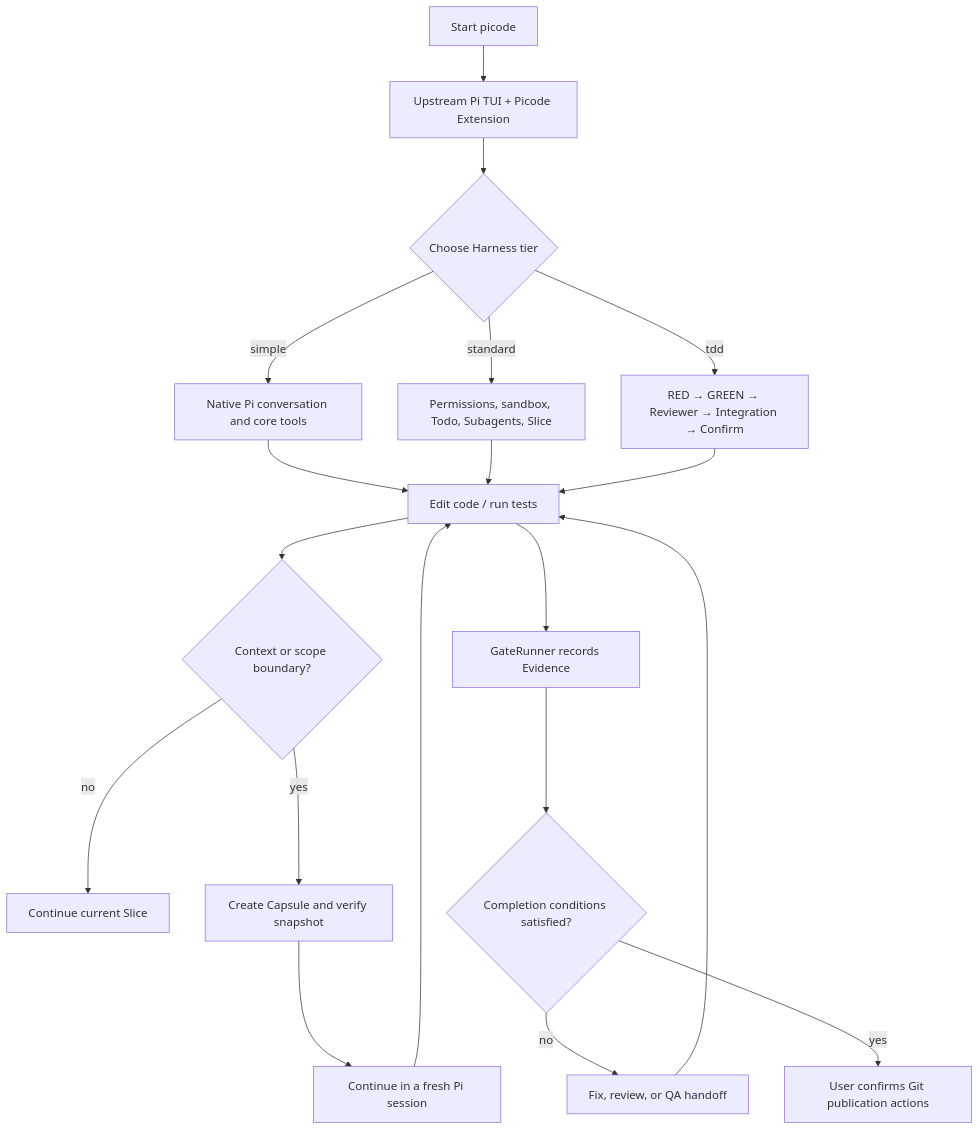
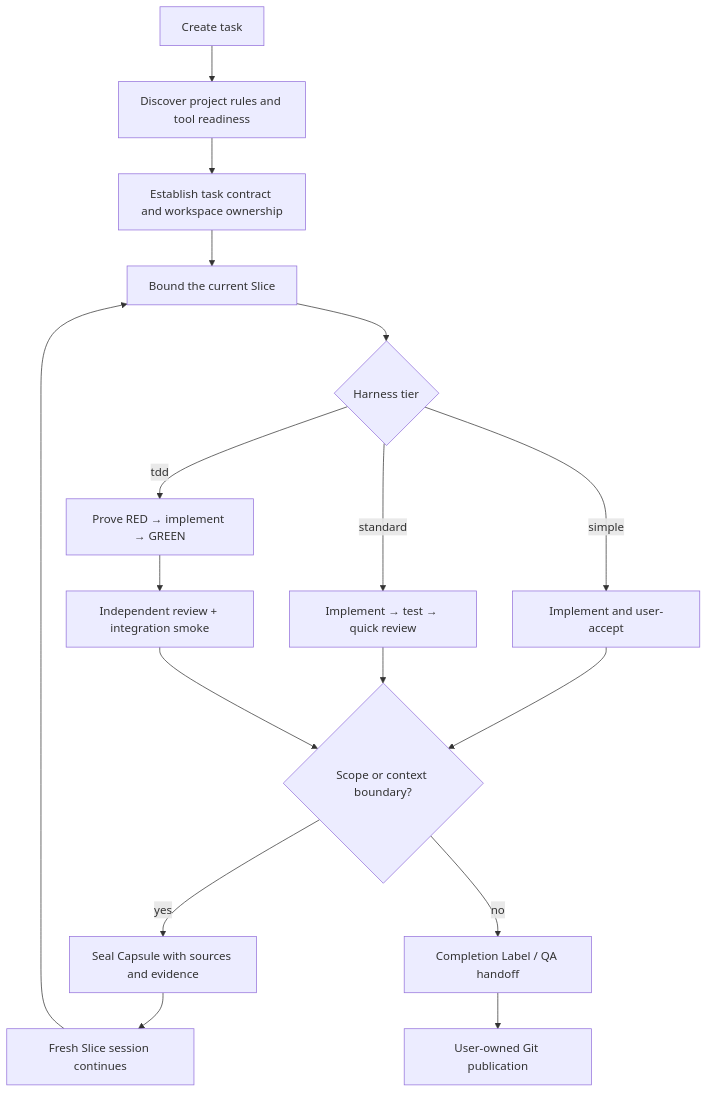
Before and after one commit to awangs1986/picode: the second of 2 diagrams in README.en.md, drawn with Mermaid. The commit also changed other lines of this file and 1 other file, not shown here.

Commit message:
docs: present Picode as an independent harness

````diff
--- a/README.en.md
+++ b/README.en.md
@@ -25,21 +103,19 @@
 ```mermaid
 flowchart TD
-    A[Start picode] --> B[Upstream Pi TUI + Picode Extension]
-    B --> C{Choose Harness tier}
-    C -->|simple| D[Native Pi conversation and core tools]
-    C -->|standard| E[Permissions, sandbox, Todo, Subagents, Slice]
-    C -->|tdd| F[RED → GREEN → Reviewer → Integration → Confirm]
-    D --> G[Edit code / run tests]
-    E --> G
-    F --> G
-    G --> H{Context or scope boundary?}
-    H -->|no| I[Continue current Slice]
-    H -->|yes| J[Create Capsule and verify snapshot]
-    J --> K[Continue in a fresh Pi session]
-    K --> G
-    G --> L[GateRunner records Evidence]
-    L --> M{Completion conditions satisfied?}
-    M -->|no| N[Fix, review, or QA handoff]
-    N --> G
-    M -->|yes| O[User confirms Git publication actions]
+    A["Create task"] --> B["Discover project rules and tool readiness"]
+    B --> C["Establish task contract and workspace ownership"]
+    C --> D["Bound the current Slice"]
+    D --> E{"Harness tier"}
+    E -->|simple| F["Implement and user-accept"]
+    E -->|standard| G["Implement → test → quick review"]
+    E -->|tdd| H["Prove RED → implement → GREEN"]
+    H --> I["Independent review + integration smoke"]
+    F --> J{"Scope or context boundary?"}
+    G --> J
+    I --> J
+    J -->|yes| K["Seal Capsule with sources and evidence"]
+    K --> L["Fresh Slice session continues"]
+    L --> D
+    J -->|no| M["Completion Label / QA handoff"]
+    M --> N["User-owned Git publication"]
 ```
````
